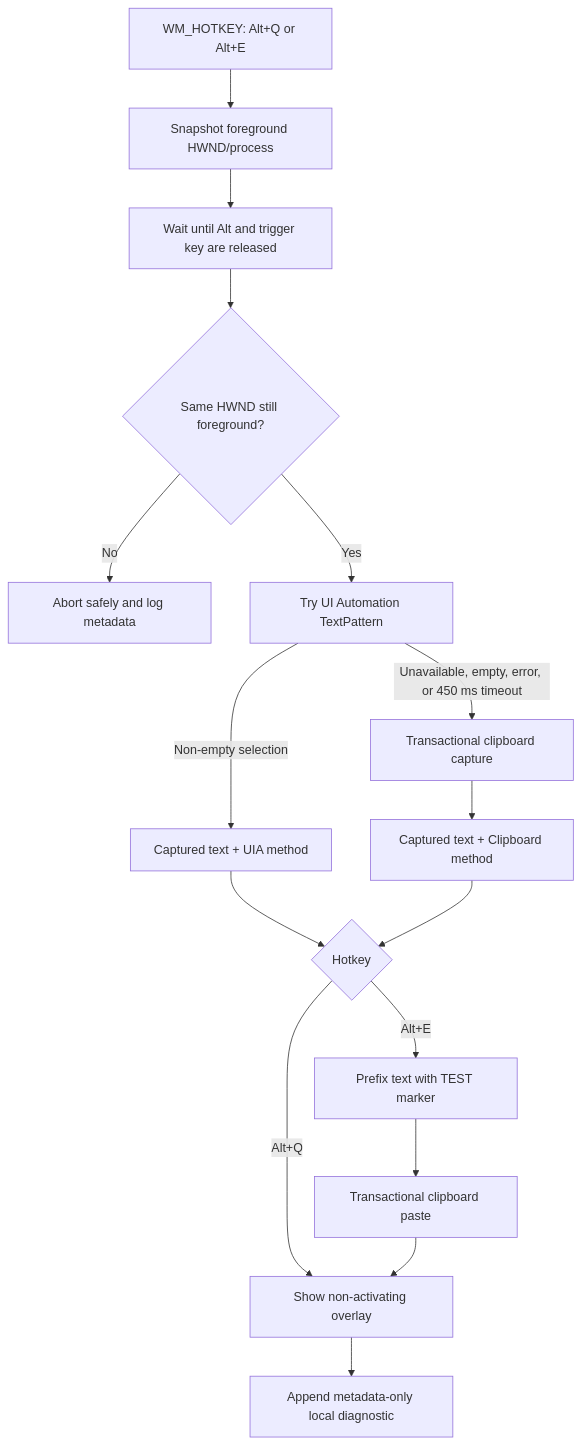
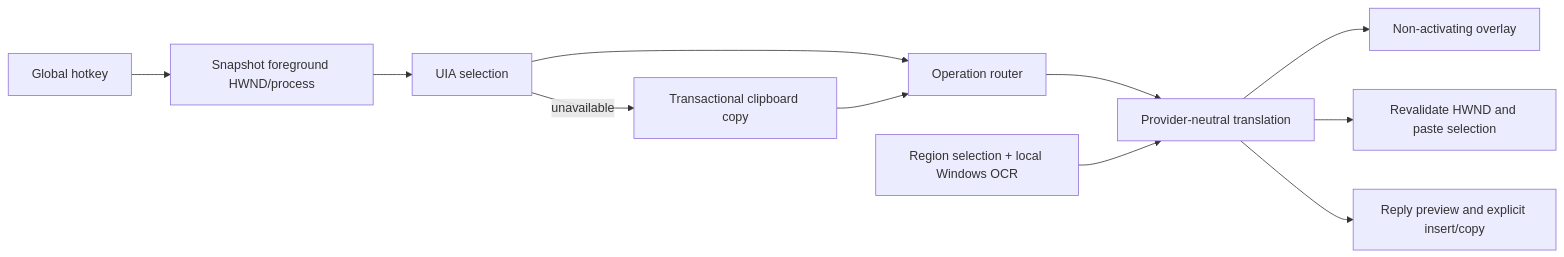
Before and after one commit to phat7000/OneBoardInlineTranslate: the diagram in ARCHITECTURE.md, drawn with Mermaid. The commit also changed other lines of this file and 18 other files, not shown here.

````diff
--- a/ARCHITECTURE.md
+++ b/ARCHITECTURE.md
@@ -11,18 +9,13 @@
 ```mermaid
-flowchart TD
-    HK[WM_HOTKEY: Alt+Q or Alt+E] --> FG[Snapshot foreground HWND/process]
-    FG --> KR[Wait until Alt and trigger key are released]
-    KR --> VC{Same HWND still foreground?}
-    VC -- No --> AB[Abort safely and log metadata]
-    VC -- Yes --> UIA[Try UI Automation TextPattern]
-    UIA -->|Non-empty selection| CAP[Captured text + UIA method]
-    UIA -->|Unavailable, empty, error, or 450 ms timeout| CBF[Transactional clipboard capture]
-    CBF --> CAP2[Captured text + Clipboard method]
-    CAP --> MODE{Hotkey}
-    CAP2 --> MODE
-    MODE -- Alt+Q --> OV[Show non-activating overlay]
-    MODE -- Alt+E --> TX[Prefix text with TEST marker]
-    TX --> RP[Transactional clipboard paste]
-    RP --> OV
-    OV --> LOG[Append metadata-only local diagnostic]
+flowchart LR
+    HK[Global hotkey] --> FG[Snapshot foreground HWND/process]
+    FG --> CAP[UIA selection]
+    CAP -->|unavailable| CB[Transactional clipboard copy]
+    CAP --> ROUTE[Operation router]
+    CB --> ROUTE
+    ROUTE --> TX[Provider-neutral translation]
+    TX --> OV[Non-activating overlay]
+    TX --> REPLACE[Revalidate HWND and paste selection]
+    TX --> REPLY[Reply preview and explicit insert/copy]
+    OCR[Region selection + local Windows OCR] --> TX
 ```
````
